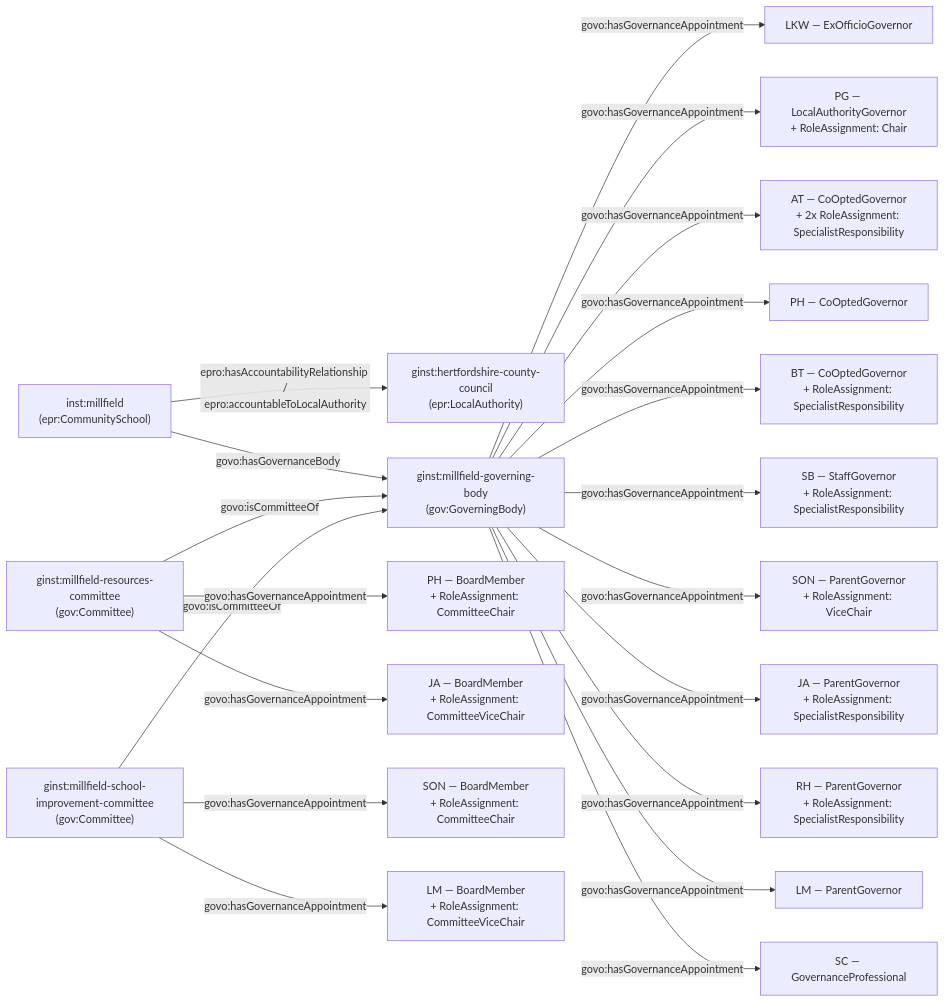
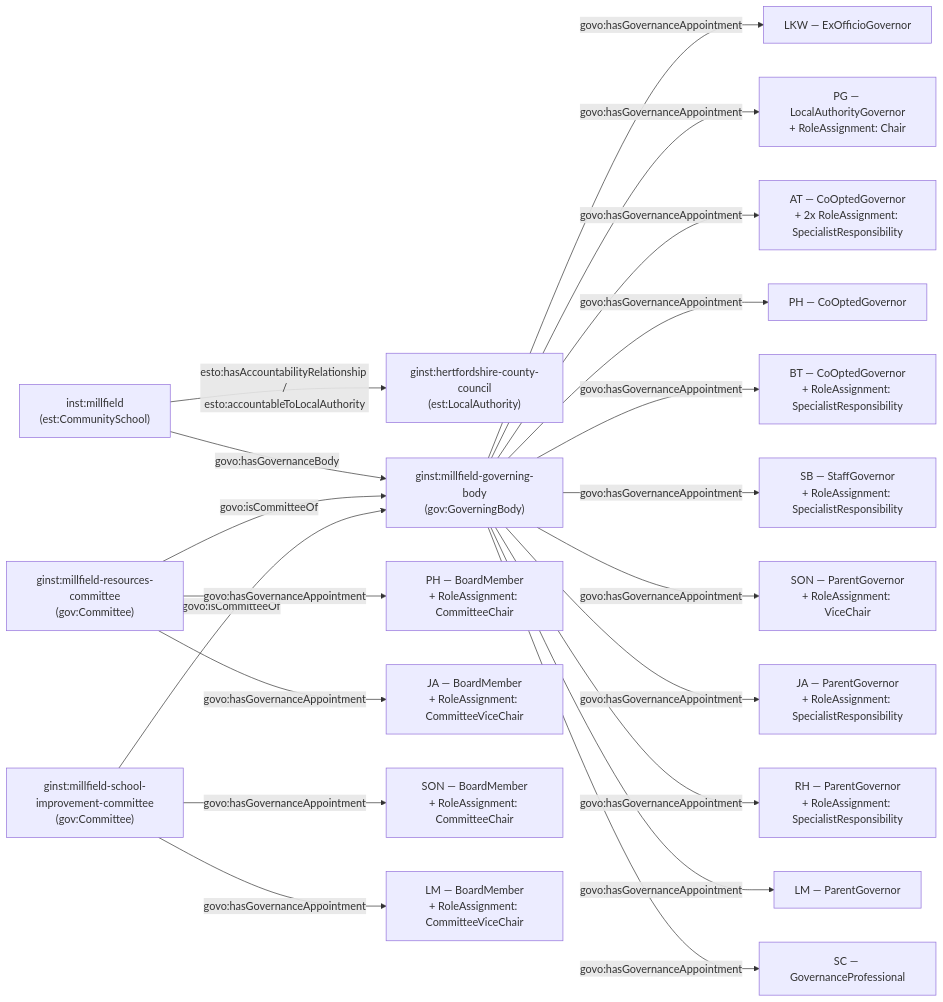
One commit to DFE-Digital/education-provider-registry-docs changed the second of 2 diagrams in docs-site/content/models/governance/worked-examples/millfield/index.md. Above: the diagram before and after it, drawn with Mermaid. The commit also changed other lines of this file and 42 other files, not shown here.

````diff
--- a/docs-site/content/models/governance/worked-examples/millfield/index.md
+++ b/docs-site/content/models/governance/worked-examples/millfield/index.md
@@ -80,30 +80,30 @@
 ```mermaid
 flowchart LR
-    LA["ginst:hertfordshire-county-council<br/>(epr:LocalAuthority)"]
-    S["inst:millfield<br/>(epr:CommunitySchool)"]
+    LA["ginst:hertfordshire-county-council<br/>(est:LocalAuthority)"]
+    S["inst:millfield<br/>(est:CommunitySchool)"]
     GB["ginst:millfield-governing-body<br/>(gov:GoverningBody)"]
 
-    S -->|"epro:hasAccountabilityRelationship /<br/>epro:accountableToLocalAuthority"| LA
+    S -->|"esto:hasAccountabilityRelationship /<br/>esto:accountableToLocalAuthority"| LA
     S -->|govo:hasGovernanceBody| GB
 
     GB -->|govo:hasGovernanceAppointment| G1["LKW — ExOfficioGovernor"]
     GB -->|govo:hasGovernanceAppointment| G2["PG — LocalAuthorityGovernor<br/>+ RoleAssignment: Chair"]
     GB -->|govo:hasGovernanceAppointment| G3["AT — CoOptedGovernor<br/>+ 2x RoleAssignment: SpecialistResponsibility"]
     GB -->|govo:hasGovernanceAppointment| G4["PH — CoOptedGovernor"]
     GB -->|govo:hasGovernanceAppointment| G5["BT — CoOptedGovernor<br/>+ RoleAssignment: SpecialistResponsibility"]
     GB -->|govo:hasGovernanceAppointment| G6["SB — StaffGovernor<br/>+ RoleAssignment: SpecialistResponsibility"]
     GB -->|govo:hasGovernanceAppointment| G7["SON — ParentGovernor<br/>+ RoleAssignment: ViceChair"]
     GB -->|govo:hasGovernanceAppointment| G8["JA — ParentGovernor<br/>+ RoleAssignment: SpecialistResponsibility"]
     GB -->|govo:hasGovernanceAppointment| G9["RH — ParentGovernor<br/>+ RoleAssignment: SpecialistResponsibility"]
     GB -->|govo:hasGovernanceAppointment| G10["LM — ParentGovernor"]
     GB -->|govo:hasGovernanceAppointment| P1["SC — GovernanceProfessional"]
 
     RC["ginst:millfield-resources-committee<br/>(gov:Committee)"]
     SIC["ginst:millfield-school-improvement-committee<br/>(gov:Committee)"]
     RC -->|govo:isCommitteeOf| GB
     SIC -->|govo:isCommitteeOf| GB
     RC -->|govo:hasGovernanceAppointment| C1["PH — BoardMember<br/>+ RoleAssignment: CommitteeChair"]
     RC -->|govo:hasGovernanceAppointment| C2["JA — BoardMember<br/>+ RoleAssignment: CommitteeViceChair"]
     SIC -->|govo:hasGovernanceAppointment| C3["SON — BoardMember<br/>+ RoleAssignment: CommitteeChair"]
     SIC -->|govo:hasGovernanceAppointment| C4["LM — BoardMember<br/>+ RoleAssignment: CommitteeViceChair"]
 ```
````
